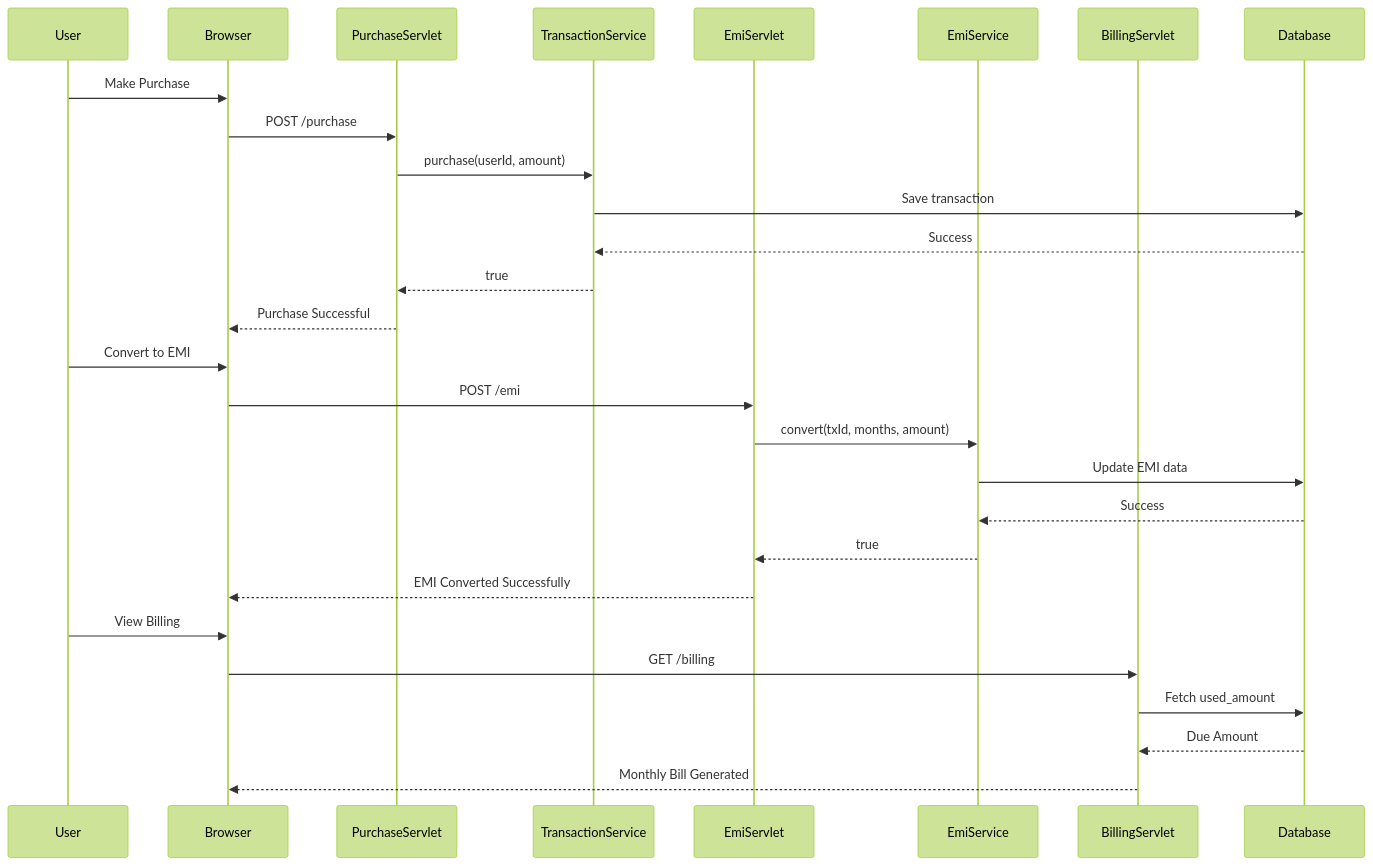
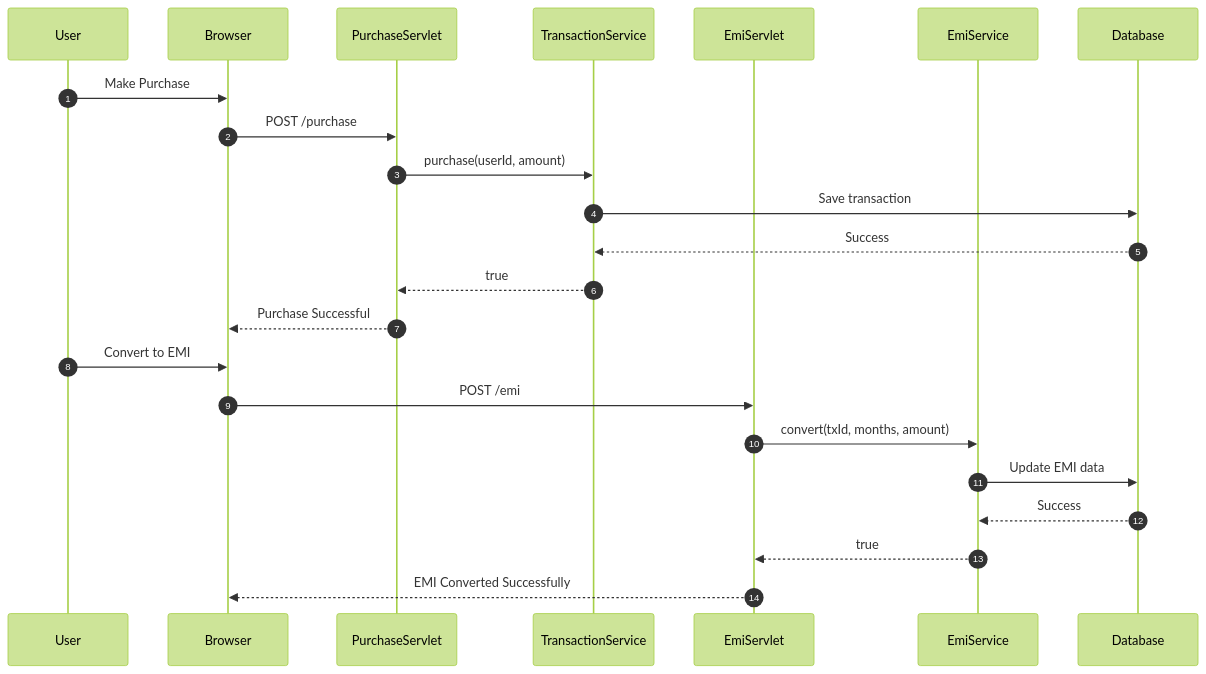
Before and after one commit to gowtham2803/Credit_Card_Management_System: the second of 3 diagrams in Mermaid.md, drawn with Mermaid (forest theme). The commit also changed other lines of this file, not shown here.

Commit message:
Improve modern design mermaid diagram.

````diff
--- a/Mermaid.md
+++ b/Mermaid.md
@@ -36,33 +58,28 @@
 ```mermaid
 sequenceDiagram
-    participant User
-    participant Browser
-    participant PurchaseServlet
-    participant TransactionService
-    participant EmiServlet
-    participant EmiService
-    participant BillingServlet
-    participant Database
+    autonumber
 
-    User->>Browser: Make Purchase
-    Browser->>PurchaseServlet: POST /purchase
-    PurchaseServlet->>TransactionService: purchase(userId, amount)
-    TransactionService->>Database: Save transaction
-    Database-->>TransactionService: Success
-    TransactionService-->>PurchaseServlet: true
-    PurchaseServlet-->>Browser: Purchase Successful
+    participant U as User
+    participant B as Browser
+    participant PS as PurchaseServlet
+    participant TS as TransactionService
+    participant ES as EmiServlet
+    participant EMS as EmiService
+    participant DB as Database
 
-    User->>Browser: Convert to EMI
-    Browser->>EmiServlet: POST /emi
-    EmiServlet->>EmiService: convert(txId, months, amount)
-    EmiService->>Database: Update EMI data
-    Database-->>EmiService: Success
-    EmiService-->>EmiServlet: true
-    EmiServlet-->>Browser: EMI Converted Successfully
+    U->>B: Make Purchase
+    B->>PS: POST /purchase
+    PS->>TS: purchase(userId, amount)
+    TS->>DB: Save transaction
+    DB-->>TS: Success
+    TS-->>PS: true
+    PS-->>B: Purchase Successful
 
-    User->>Browser: View Billing
-    Browser->>BillingServlet: GET /billing
-    BillingServlet->>Database: Fetch used_amount
-    Database-->>BillingServlet: Due Amount
-    BillingServlet-->>Browser: Monthly Bill Generated
+    U->>B: Convert to EMI
+    B->>ES: POST /emi
+    ES->>EMS: convert(txId, months, amount)
+    EMS->>DB: Update EMI data
+    DB-->>EMS: Success
+    EMS-->>ES: true
+    ES-->>B: EMI Converted Successfully
 ```
````
